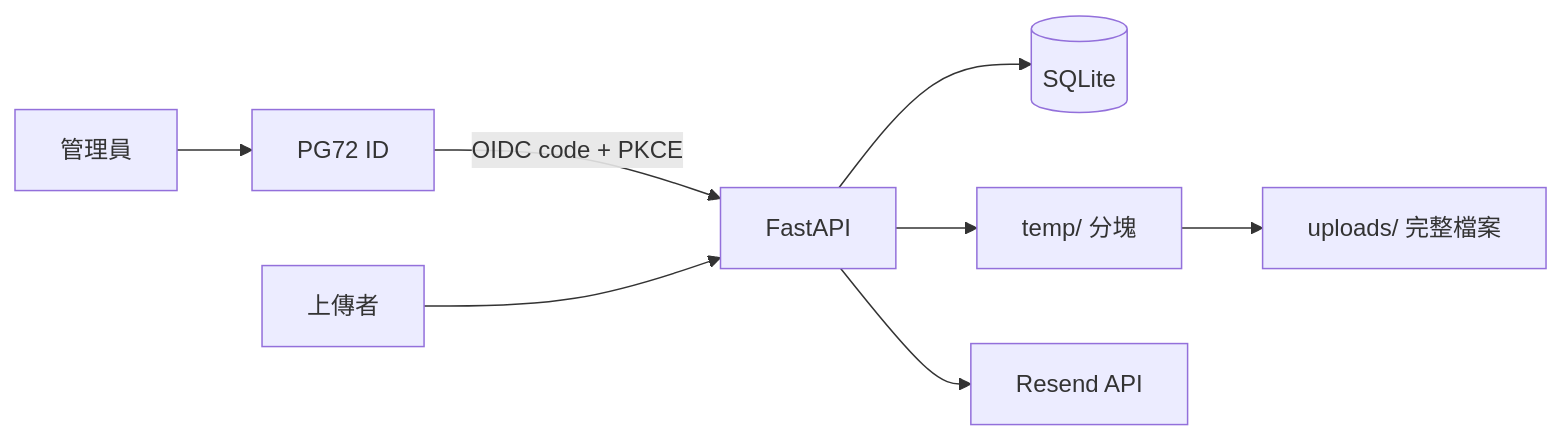
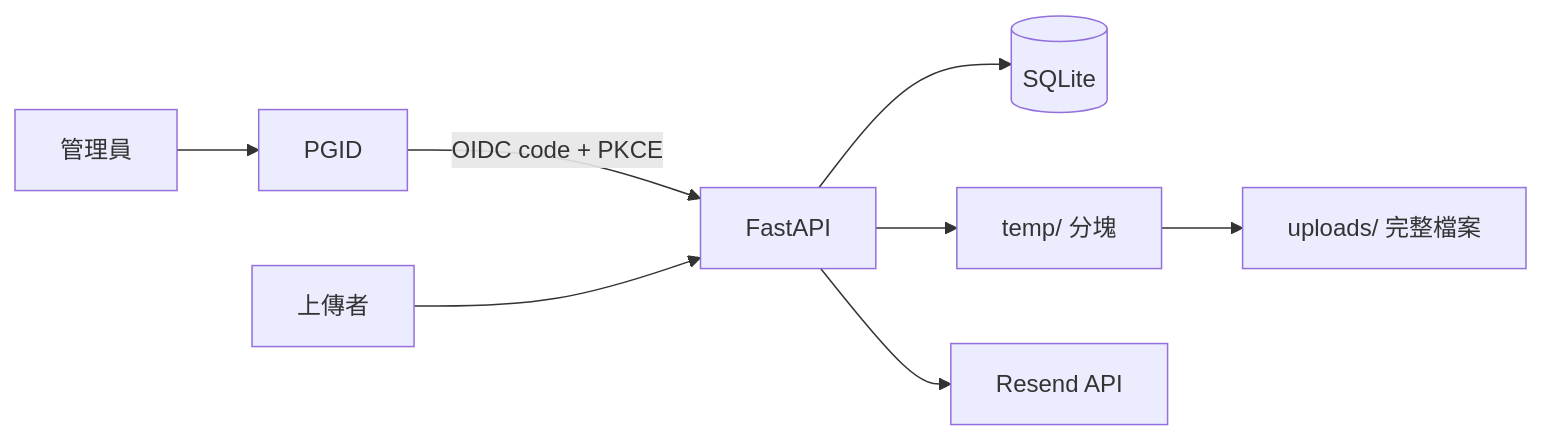
One commit to PGpenguin72/upload.pg72.tw changed the diagram in README.md. Above: the diagram before and after it, drawn with Mermaid. The commit also changed other lines of this file and 4 other files, not shown here.

````diff
--- a/README.md
+++ b/README.md
@@ -23,10 +23,10 @@
 ```mermaid
 flowchart LR
-    Admin["管理員"] --> SSO["PG72 ID"]
+    Admin["管理員"] --> SSO["PGID"]
     SSO -->|"OIDC code + PKCE"| App["FastAPI"]
     User["上傳者"] --> App
     App --> DB[("SQLite")]
     App --> Temp["temp/ 分塊"]
     Temp --> Files["uploads/ 完整檔案"]
     App --> Resend["Resend API"]
 ```
````
